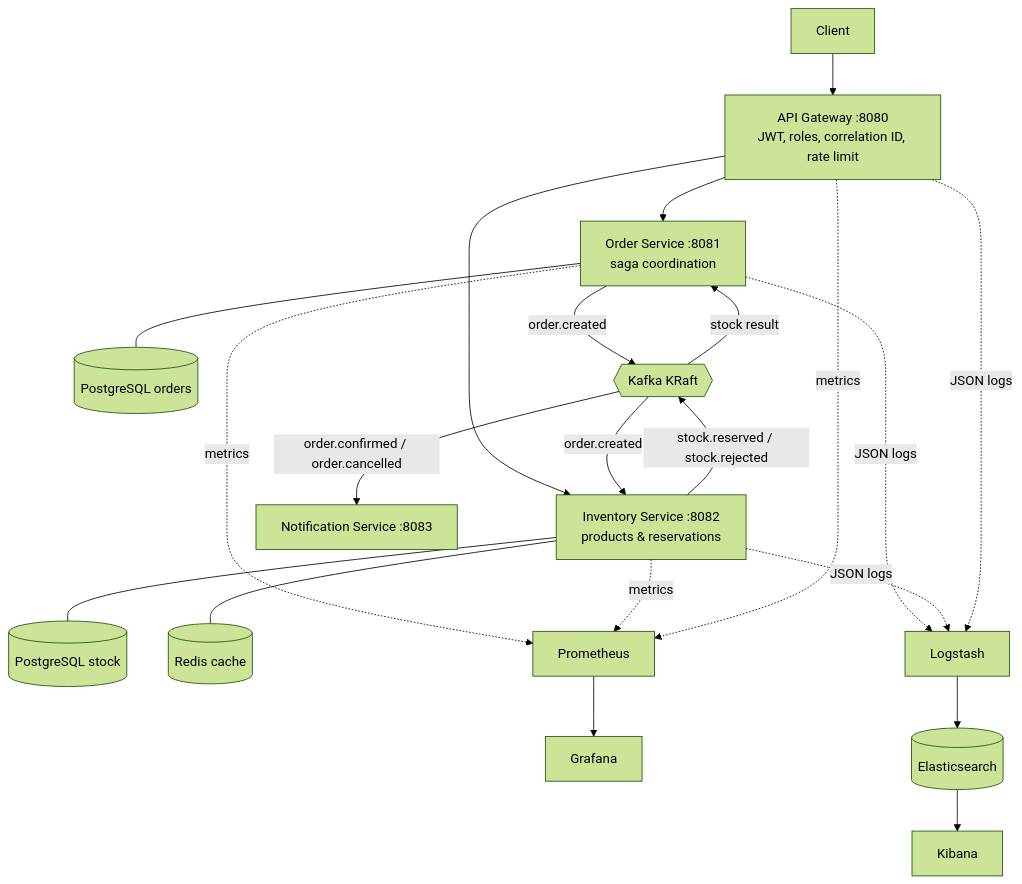
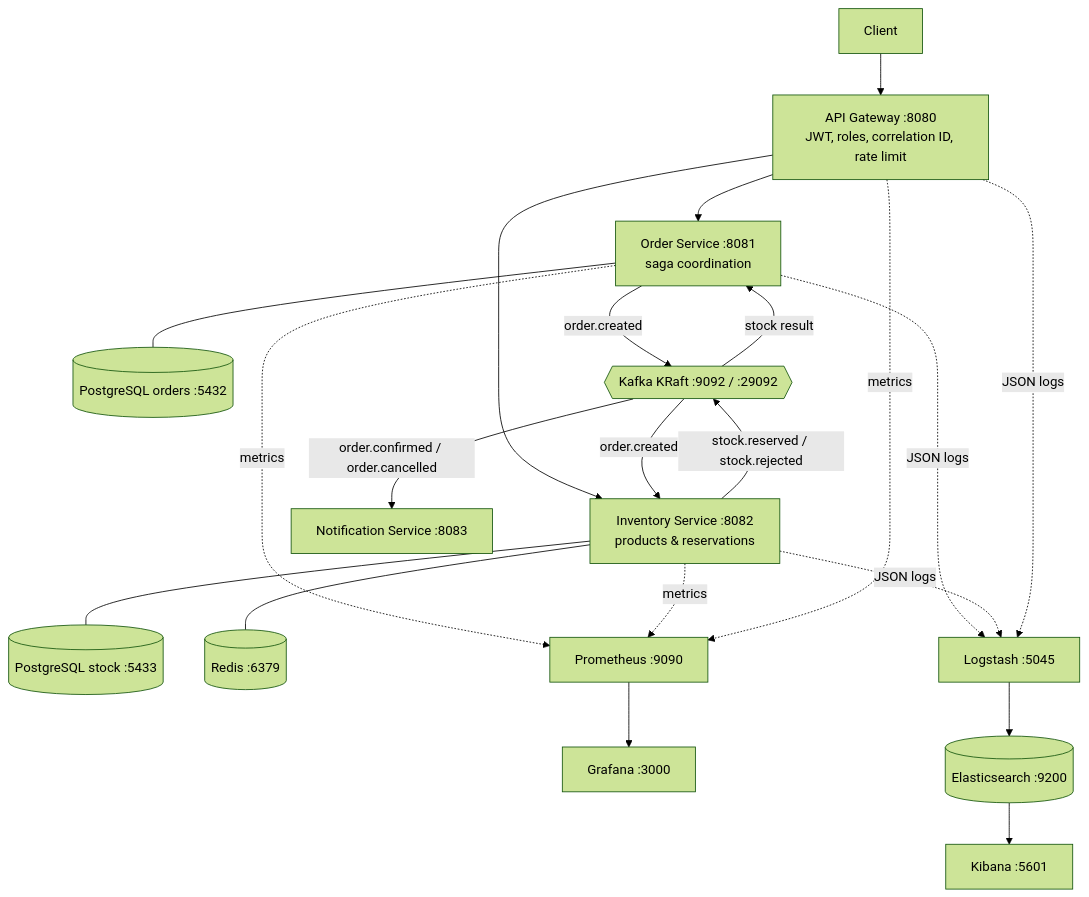
One commit to xxshcoder/Order-Management changed the first of 2 diagrams in README.md. Above: the diagram before and after it, drawn with Mermaid (forest theme). The commit also changed other lines of this file and 1 other file, not shown here.

Commit message:
docs: expand README with full architecture, API, data model and ops reference

````diff
--- a/README.md
+++ b/README.md
@@ -9,23 +65,23 @@
 ```mermaid
 flowchart TD
     C[Client] --> GW[API Gateway :8080<br/>JWT, roles, correlation ID, rate limit]
     GW --> OS[Order Service :8081<br/>saga coordination]
     GW --> IS[Inventory Service :8082<br/>products & reservations]
-    OS --- ODB[(PostgreSQL orders)]
-    IS --- IDB[(PostgreSQL stock)]
-    IS --- RD[(Redis cache)]
-    OS -->|order.created| K{{Kafka KRaft}}
+    OS --- ODB[(PostgreSQL orders :5432)]
+    IS --- IDB[(PostgreSQL stock :5433)]
+    IS --- RD[(Redis :6379)]
+    OS -->|order.created| K{{Kafka KRaft :9092 / :29092}}
     K -->|order.created| IS
     IS -->|stock.reserved / stock.rejected| K
     K -->|stock result| OS
     K -->|order.confirmed / order.cancelled| NS[Notification Service :8083]
-    OS -. metrics .-> P[Prometheus]
+    OS -. metrics .-> P[Prometheus :9090]
     IS -. metrics .-> P
     GW -. metrics .-> P
-    P --> G[Grafana]
-    OS -. JSON logs .-> L[Logstash]
+    P --> G[Grafana :3000]
+    OS -. JSON logs .-> L[Logstash :5045]
     IS -. JSON logs .-> L
     GW -. JSON logs .-> L
-    L --> ES[(Elasticsearch)]
-    ES --> KB[Kibana]
+    L --> ES[(Elasticsearch :9200)]
+    ES --> KB[Kibana :5601]
 ```
````
